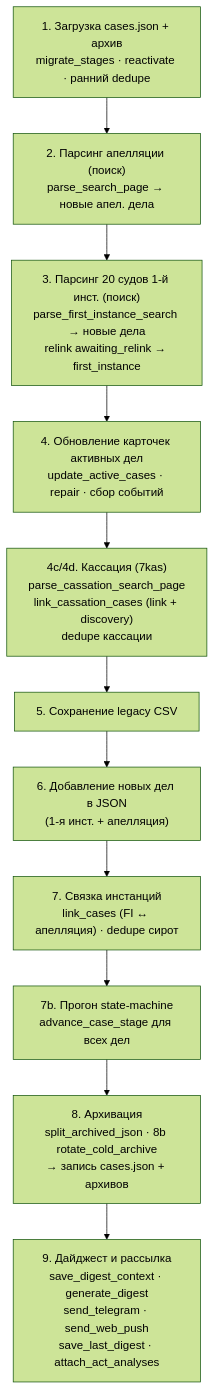
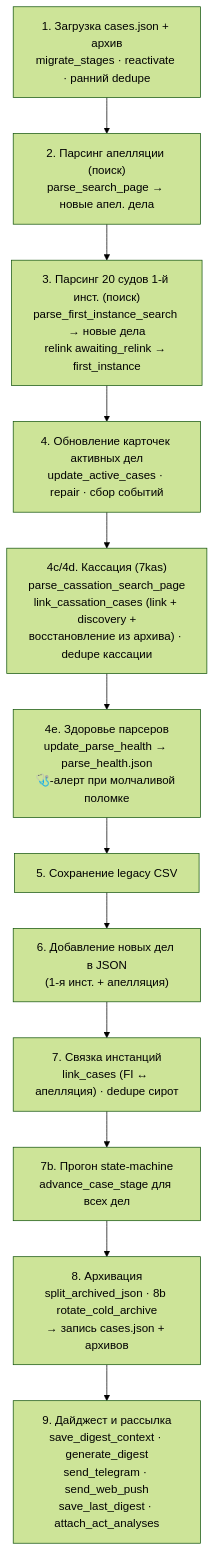
Before and after one commit to SelivanovAS/dashboard: the diagram in docs/technical/05-конвейер-обновления.md, drawn with Mermaid (forest theme). The commit also changed other lines of this file and 9 other files, not shown here.

````diff
--- a/docs/technical/05-конвейер-обновления.md
+++ b/docs/technical/05-конвейер-обновления.md
@@ -22,14 +22,15 @@
 ```mermaid
 flowchart TD
     A["1. Загрузка cases.json + архив<br/>migrate_stages · reactivate · ранний dedupe"] --> B
     B["2. Парсинг апелляции (поиск)<br/>parse_search_page → новые апел. дела"] --> C
     C["3. Парсинг 20 судов 1-й инст. (поиск)<br/>parse_first_instance_search → новые дела<br/>relink awaiting_relink → first_instance"] --> D
     D["4. Обновление карточек активных дел<br/>update_active_cases · repair · сбор событий"] --> E
-    E["4c/4d. Кассация (7kas)<br/>parse_cassation_search_page<br/>link_cassation_cases (link + discovery)<br/>dedupe кассации"] --> F
+    E["4c/4d. Кассация (7kas)<br/>parse_cassation_search_page<br/>link_cassation_cases (link + discovery +<br/>восстановление из архива) · dedupe кассации"] --> E2
+    E2["4e. Здоровье парсеров<br/>update_parse_health → parse_health.json<br/>🩺-алерт при молчаливой поломке"] --> F
     F["5. Сохранение legacy CSV"] --> G
     G["6. Добавление новых дел в JSON<br/>(1-я инст. + апелляция)"] --> H
     H["7. Связка инстанций<br/>link_cases (FI ↔ апелляция) · dedupe сирот"] --> I
     I["7b. Прогон state-machine<br/>advance_case_stage для всех дел"] --> J
     J["8. Архивация<br/>split_archived_json · 8b rotate_cold_archive<br/>→ запись cases.json + архивов"] --> K
     K["9. Дайджест и рассылка<br/>save_digest_context · generate_digest<br/>send_telegram · send_web_push<br/>save_last_digest · attach_act_analyses"]
 ```
````
